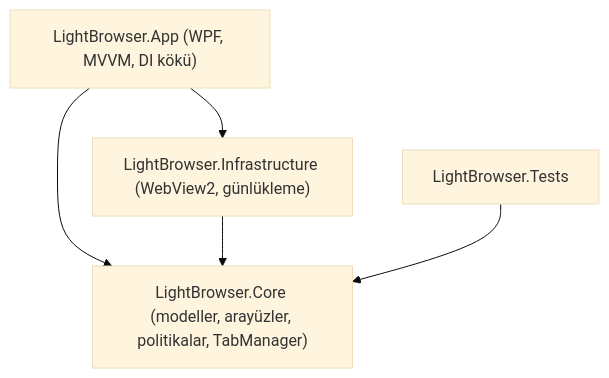
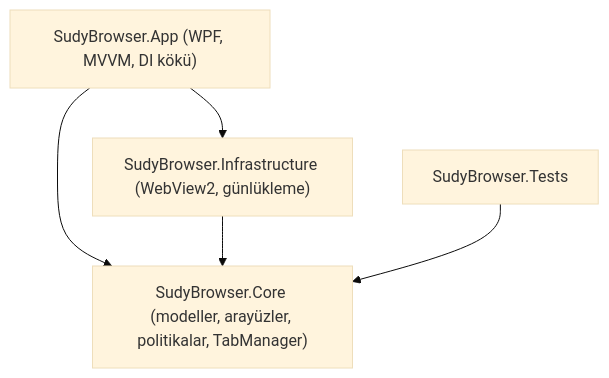
Before and after one commit to IlhanInal/SudyBrowser: the first of 2 diagrams in docs/architecture.md, drawn with Mermaid (base theme). The commit also changed 119 other files, not shown here.

````diff
--- a/docs/architecture.md
+++ b/docs/architecture.md
@@ -5,7 +5,7 @@
 ```mermaid
 flowchart TD
-    App["LightBrowser.App (WPF, MVVM, DI kökü)"] --> Core
-    App --> Infra["LightBrowser.Infrastructure (WebView2, günlükleme)"]
-    Infra --> Core["LightBrowser.Core (modeller, arayüzler, politikalar, TabManager)"]
-    Tests["LightBrowser.Tests"] --> Core
+    App["SudyBrowser.App (WPF, MVVM, DI kökü)"] --> Core
+    App --> Infra["SudyBrowser.Infrastructure (WebView2, günlükleme)"]
+    Infra --> Core["SudyBrowser.Core (modeller, arayüzler, politikalar, TabManager)"]
+    Tests["SudyBrowser.Tests"] --> Core
 ```
````
